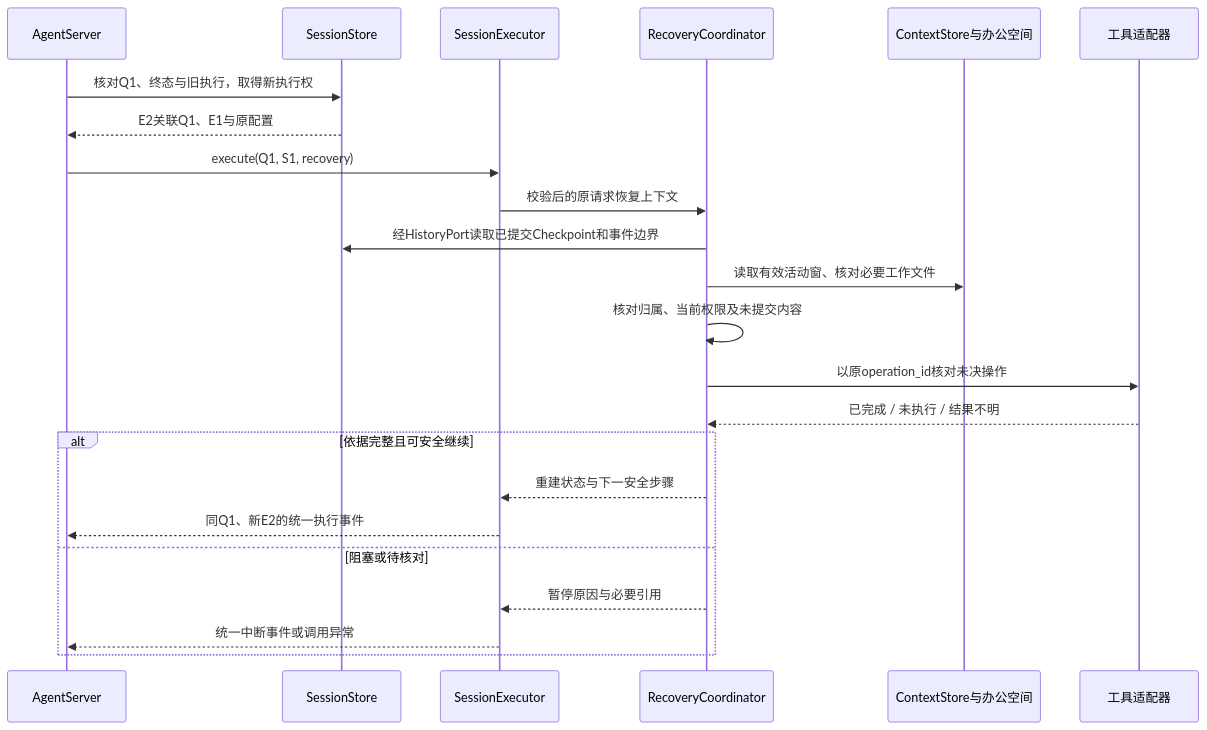
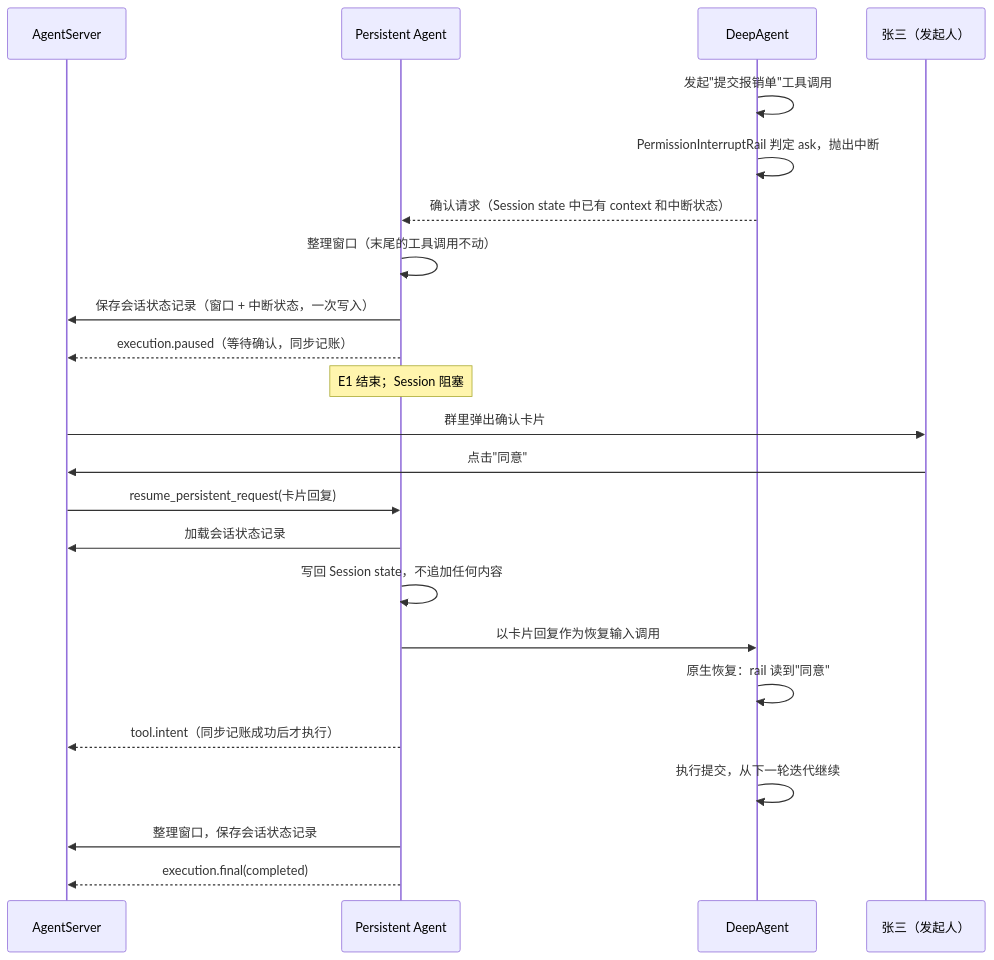
Before and after one commit to openJiuwen-ai/agent-core: the fourth of 5 diagrams in openjiuwen/harness/persistent_agent/docs/designs/persistent-agent-architecture.md, drawn with Mermaid. The commit also changed other lines of this file and 16 other files, not shown here.

````diff
--- a/openjiuwen/harness/persistent_agent/docs/designs/persistent-agent-architecture.md
+++ b/openjiuwen/harness/persistent_agent/docs/designs/persistent-agent-architecture.md
@@ -718,25 +771,25 @@
 ```mermaid
 sequenceDiagram
     participant H as AgentServer
-    participant S as SessionStore
-    participant E as SessionExecutor
-    participant R as RecoveryCoordinator
-    participant C as ContextStore与办公空间
-    participant T as 工具适配器
-    H->>S: 核对Q1、终态与旧执行，取得新执行权
-    S-->>H: E2关联Q1、E1与原配置
-    H->>E: execute(Q1, S1, recovery)
-    E->>R: 校验后的原请求恢复上下文
-    R->>S: 经HistoryPort读取已提交Checkpoint和事件边界
-    R->>C: 读取有效活动窗、核对必要工作文件
-    R->>R: 核对归属、当前权限及未提交内容
-    R->>T: 以原operation_id核对未决操作
-    T-->>R: 已完成 / 未执行 / 结果不明
-    alt 依据完整且可安全继续
-        R-->>E: 重建状态与下一安全步骤
-        E-->>H: 同Q1、新E2的统一执行事件
-    else 阻塞或待核对
-        R-->>E: 暂停原因与必要引用
-        E-->>H: 统一中断事件或调用异常
-    end
+    participant E as Persistent Agent
+    participant A as DeepAgent
+    participant U as 张三（发起人）
+    A->>A: 发起"提交报销单"工具调用
+    A->>A: PermissionInterruptRail 判定 ask，抛出中断
+    A-->>E: 确认请求（Session state 中已有 context 和中断状态）
+    E->>E: 整理窗口（末尾的工具调用不动）
+    E->>H: 保存会话状态记录（窗口 + 中断状态，一次写入）
+    E-->>H: execution.paused（等待确认，同步记账）
+    Note over E: E1 结束；Session 阻塞
+    H->>U: 群里弹出确认卡片
+    U->>H: 点击"同意"
+    H->>E: resume_persistent_request(卡片回复)
+    E->>H: 加载会话状态记录
+    E->>E: 写回 Session state，不追加任何内容
+    E->>A: 以卡片回复作为恢复输入调用
+    A->>A: 原生恢复：rail 读到"同意"
+    E-->>H: tool.intent（同步记账成功后才执行）
+    A->>A: 执行提交，从下一轮迭代继续
+    E->>H: 整理窗口，保存会话状态记录
+    E-->>H: execution.final(completed)
 ```
````
